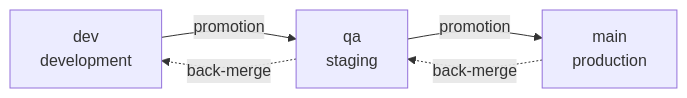
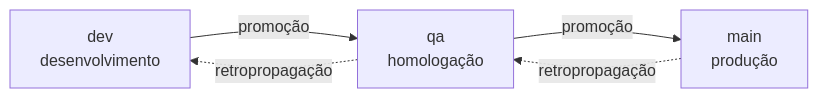
The diagram in docs/explanation/branching-policy.md (daneiel/brabo), drawn with Mermaid before and after one commit. The commit also changed other lines of this file and 12 other files, not shown here.

````diff
--- a/docs/explanation/branching-policy.md
+++ b/docs/explanation/branching-policy.md
@@ -40,7 +39,7 @@
 ```mermaid
 flowchart LR
-  D[dev<br/>development] -->|promotion| Q[qa<br/>staging]
-  Q -->|promotion| M[main<br/>production]
-  M -.->|back-merge| Q
-  Q -.->|back-merge| D
+  D[dev<br/>desenvolvimento] -->|promoção| Q[qa<br/>homologação]
+  Q -->|promoção| M[main<br/>produção]
+  M -.->|retropropagação| Q
+  Q -.->|retropropagação| D
 ```
````
